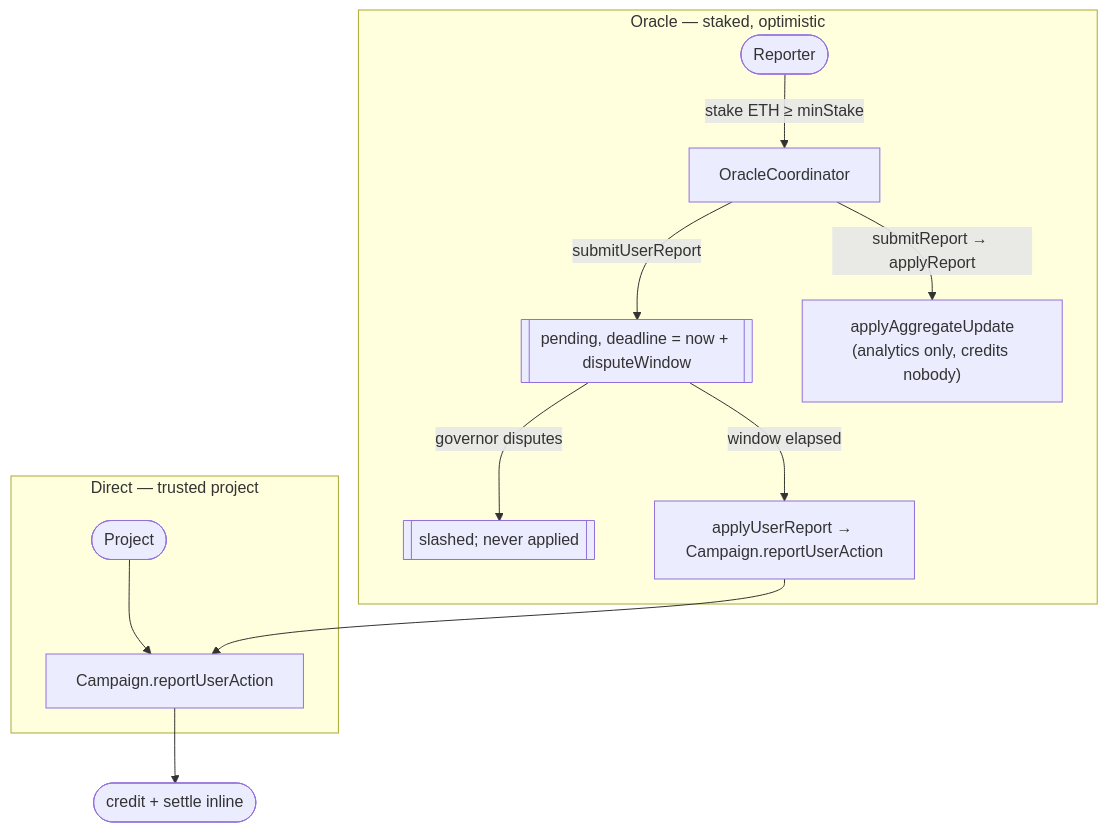
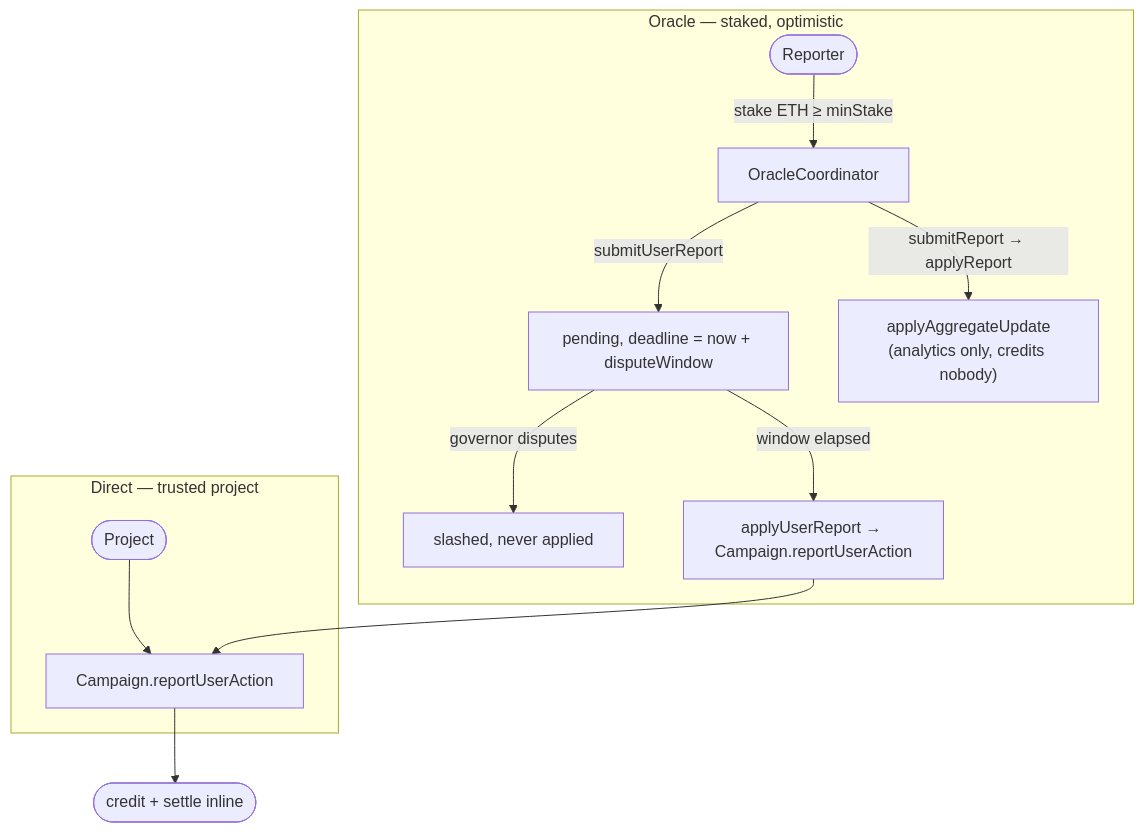
One commit to 0xebby/boney changed the fifth of 7 diagrams in FLOW.md. Above: the diagram before and after it, drawn with Mermaid. The commit also changed other lines of this file, not shown here.

First line of the commit message:
FLOW.md: make the Mermaid render on GitHub

````diff
--- a/FLOW.md
+++ b/FLOW.md
@@ -192,17 +235,17 @@
 ```mermaid
 flowchart TD
     subgraph direct["Direct — trusted project"]
         P([Project]) --> RUA[Campaign.reportUserAction]
     end
 
     subgraph oracle["Oracle — staked, optimistic"]
         REP([Reporter]) -->|stake ETH ≥ minStake| OC[OracleCoordinator]
-        OC -->|submitUserReport| PEND[["pending, deadline = now + disputeWindow"]]
-        PEND -->|governor disputes| SLASH[["slashed; never applied"]]
+        OC -->|submitUserReport| PEND["pending, deadline = now + disputeWindow"]
+        PEND -->|governor disputes| SLASH["slashed, never applied"]
         PEND -->|window elapsed| AUR[applyUserReport → Campaign.reportUserAction]
         AUR --> RUA
         OC -->|"submitReport → applyReport"| AGG["applyAggregateUpdate<br/>(analytics only, credits nobody)"]
     end
 
     RUA --> SETTLE([credit + settle inline])
 ```
````
